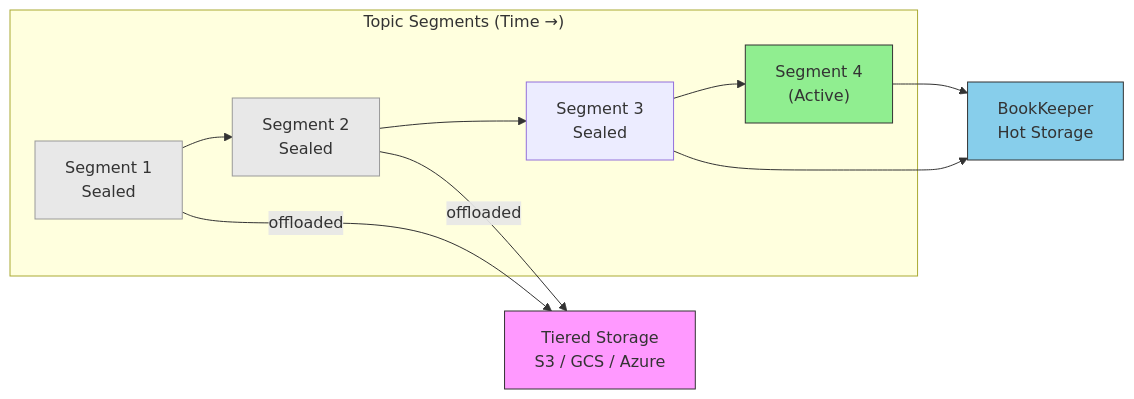
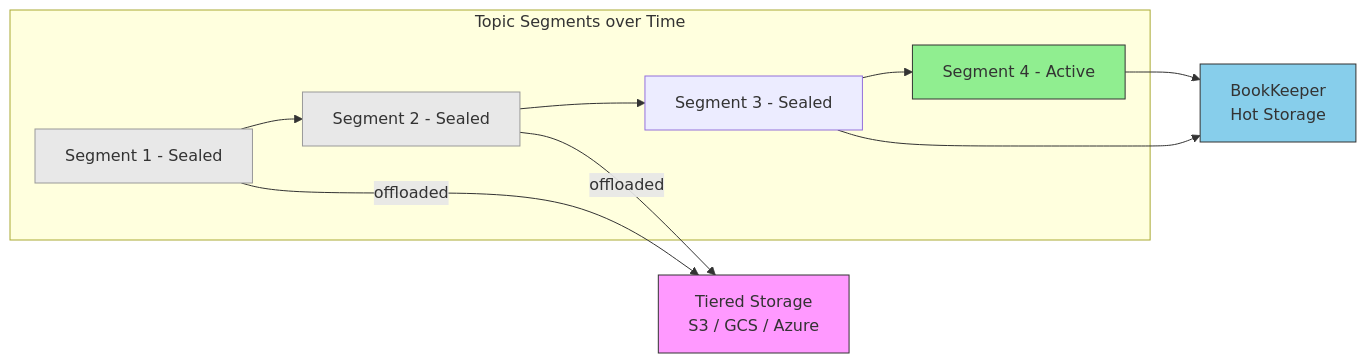
One commit to andrzejsydor/knowledge changed the third of 7 diagrams in Kafka/apache-pulsar-and-messaging-platforms.md. Above: the diagram before and after it, drawn with Mermaid. The commit also changed other lines of this file, not shown here.

Commit message:
Refactor mermaid diagrams for clarity and consistency

````diff
--- a/Kafka/apache-pulsar-and-messaging-platforms.md
+++ b/Kafka/apache-pulsar-and-messaging-platforms.md
@@ -117,18 +117,18 @@
 ```mermaid
 graph LR
-    subgraph "Topic Segments (Time →)"
-        S1[Segment 1<br/>Sealed] --> S2[Segment 2<br/>Sealed] --> S3[Segment 3<br/>Sealed] --> S4["Segment 4<br/>(Active)"]
+    subgraph Segments["Topic Segments over Time"]
+        SEG1["Segment 1 - Sealed"] --> SEG2["Segment 2 - Sealed"] --> SEG3["Segment 3 - Sealed"] --> SEG4["Segment 4 - Active"]
     end
 
-    S1 -->|offloaded| TS[Tiered Storage<br/>S3 / GCS / Azure]
-    S2 -->|offloaded| TS
+    SEG1 -->|offloaded| TS["Tiered Storage<br>S3 / GCS / Azure"]
+    SEG2 -->|offloaded| TS
 
-    S3 --> BK[BookKeeper<br/>Hot Storage]
-    S4 --> BK
+    SEG3 --> BK["BookKeeper<br>Hot Storage"]
+    SEG4 --> BK
 
-    style S1 fill:#e8e8e8,stroke:#999
-    style S2 fill:#e8e8e8,stroke:#999
-    style S4 fill:#90EE90,stroke:#333
+    style SEG1 fill:#e8e8e8,stroke:#999
+    style SEG2 fill:#e8e8e8,stroke:#999
+    style SEG4 fill:#90EE90,stroke:#333
     style TS fill:#f9f,stroke:#333
     style BK fill:#87CEEB,stroke:#333
 ```
````
